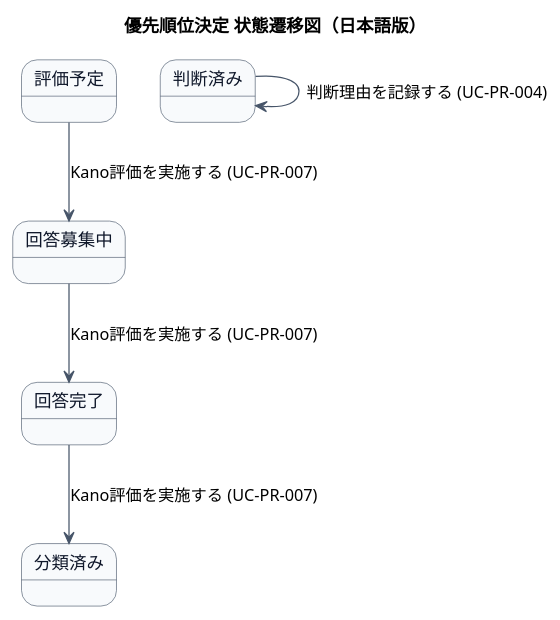
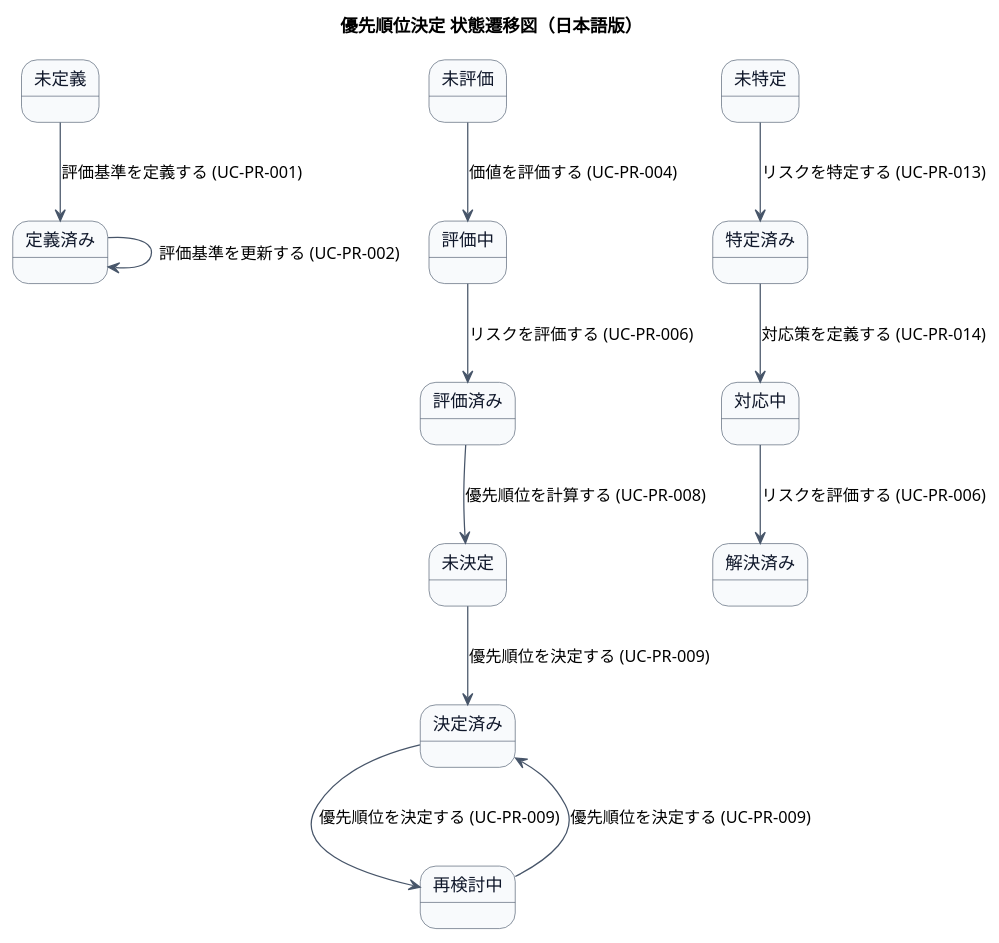
One commit to mizo432/modulith-learning changed the second of 2 diagrams in docs/22 要件定義書/AG アジルーム/03 機能要件/AG-03 優先順位決定/04.システム/02.ステート/ステートマシン図.md. Above: the diagram before and after it, drawn with PlantUML. The commit also changed other lines of this file and 84 other files, not shown here.

````diff
--- a/docs/22 要件定義書/AG アジルーム/03 機能要件/AG-03 優先順位決定/04.システム/02.ステート/ステートマシン図.md
+++ b/docs/22 要件定義書/AG アジルーム/03 機能要件/AG-03 優先順位決定/04.システム/02.ステート/ステートマシン図.md
@@ -47,33 +61,47 @@
 ```plantuml
 @startuml
 title 優先順位決定 状態遷移図（日本語版）
 skinparam state {
   BackgroundColor #F8FAFC
   BorderColor #475569
   FontColor #0F172A
 }
 skinparam arrowColor #475569
 skinparam shadowing false
 
-' Kano質問票 状態
-state "評価予定" as Planned_KQ <<entry>>
-state "回答募集中" as Collecting_KQ
-state "回答完了" as Completed_KQ <<exit>>
+' 評価基準 状態
+state "未定義" as Undefined_CR <<entry>>
+state "定義済み" as Defined_CR
 
-' Kano分類結果 状態
-state "分類済み" as Classified_KC <<entry>>
+' 優先順位スコア 状態
+state "未評価" as Unevaluated_PS <<entry>>
+state "評価中" as Evaluating_PS
+state "評価済み" as Evaluated_PS
+state "未決定" as Undecided_PS
+state "決定済み" as Decided_PS
+state "再検討中" as Reconsidering_PS
 
-' 優先判断理由 状態
-state "判断済み" as Decided_PR <<entry>>
+' リスク 状態
+state "未特定" as Unidentified_RK <<entry>>
+state "特定済み" as Identified_RK
+state "対応中" as Addressing_RK
+state "解決済み" as Resolved_RK <<exit>>
 
-' Kano質問票 遷移
-Planned_KQ --> Collecting_KQ : Kano評価を実施する (UC-PR-007)
-Collecting_KQ --> Completed_KQ : Kano評価を実施する (UC-PR-007)
+' 評価基準 遷移
+Undefined_CR --> Defined_CR : 評価基準を定義する (UC-PR-001)
+Defined_CR --> Defined_CR : 評価基準を更新する (UC-PR-002)
 
-' Kano分類結果 遷移
-Completed_KQ --> Classified_KC : Kano評価を実施する (UC-PR-007)
+' 優先順位スコア 遷移
+Unevaluated_PS --> Evaluating_PS : 価値を評価する (UC-PR-004)
+Evaluating_PS --> Evaluated_PS : リスクを評価する (UC-PR-006)
+Evaluated_PS --> Undecided_PS : 優先順位を計算する (UC-PR-008)
+Undecided_PS --> Decided_PS : 優先順位を決定する (UC-PR-009)
+Decided_PS --> Reconsidering_PS : 優先順位を決定する (UC-PR-009)
+Reconsidering_PS --> Decided_PS : 優先順位を決定する (UC-PR-009)
 
-' 優先判断理由 遷移
-Decided_PR --> Decided_PR : 判断理由を記録する (UC-PR-004)
+' リスク 遷移
+Unidentified_RK --> Identified_RK : リスクを特定する (UC-PR-013)
+Identified_RK --> Addressing_RK : 対応策を定義する (UC-PR-014)
+Addressing_RK --> Resolved_RK : リスクを評価する (UC-PR-006)
 @enduml
 ```
````
